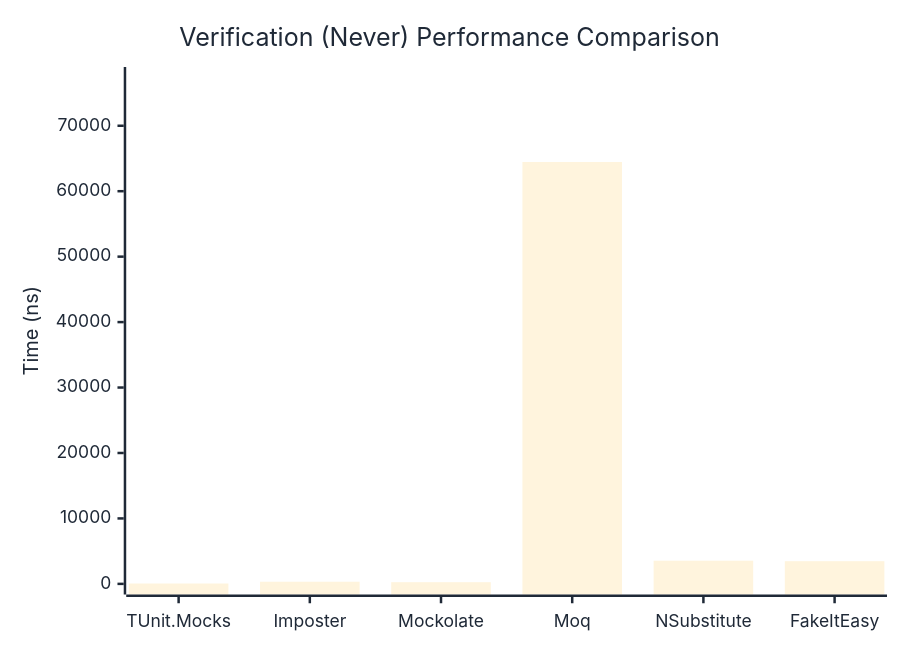
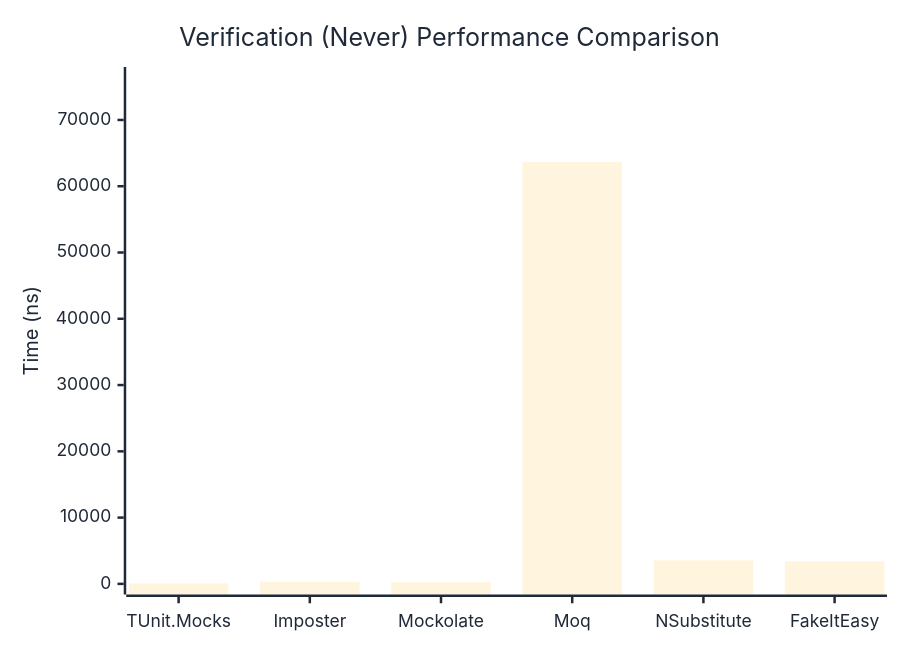
One commit to thomhurst/TUnit changed the second of 3 diagrams in docs/docs/benchmarks/mocks/Verification.md. Above: the diagram before and after it, drawn with Mermaid. The commit also changed other lines of this file and 14 other files, not shown here.

````diff
--- a/docs/docs/benchmarks/mocks/Verification.md
+++ b/docs/docs/benchmarks/mocks/Verification.md
@@ -71,27 +71,27 @@
 ```mermaid
 %%{init: {
   'theme':'base',
   'themeVariables': {
     'primaryColor': '#2563eb',
     'primaryTextColor': '#1f2937',
     'primaryBorderColor': '#1e40af',
     'lineColor': '#6b7280',
     'secondaryColor': '#7c3aed',
     'tertiaryColor': '#dc2626',
     'background': '#ffffff',
     'pie1': '#2563eb',
     'pie2': '#7c3aed',
     'pie3': '#dc2626',
     'pie4': '#f59e0b',
     'pie5': '#10b981',
     'pie6': '#06b6d4',
     'pie7': '#ec4899',
     'pie8': '#6366f1'
   }
 }}%%
 xychart-beta
   title "Verification (Never) Performance Comparison"
   x-axis ["TUnit.Mocks", "Imposter", "Mockolate", "Moq", "NSubstitute", "FakeItEasy"]
-  y-axis "Time (ns)" 0 --> 77354
-  bar [56.49, 329.23, 258.48, 64461.44, 3541.92, 3466.64]
+  y-axis "Time (ns)" 0 --> 76387
+  bar [63.32, 328.1, 254.78, 63655.82, 3546.17, 3380.68]
 ```
````
